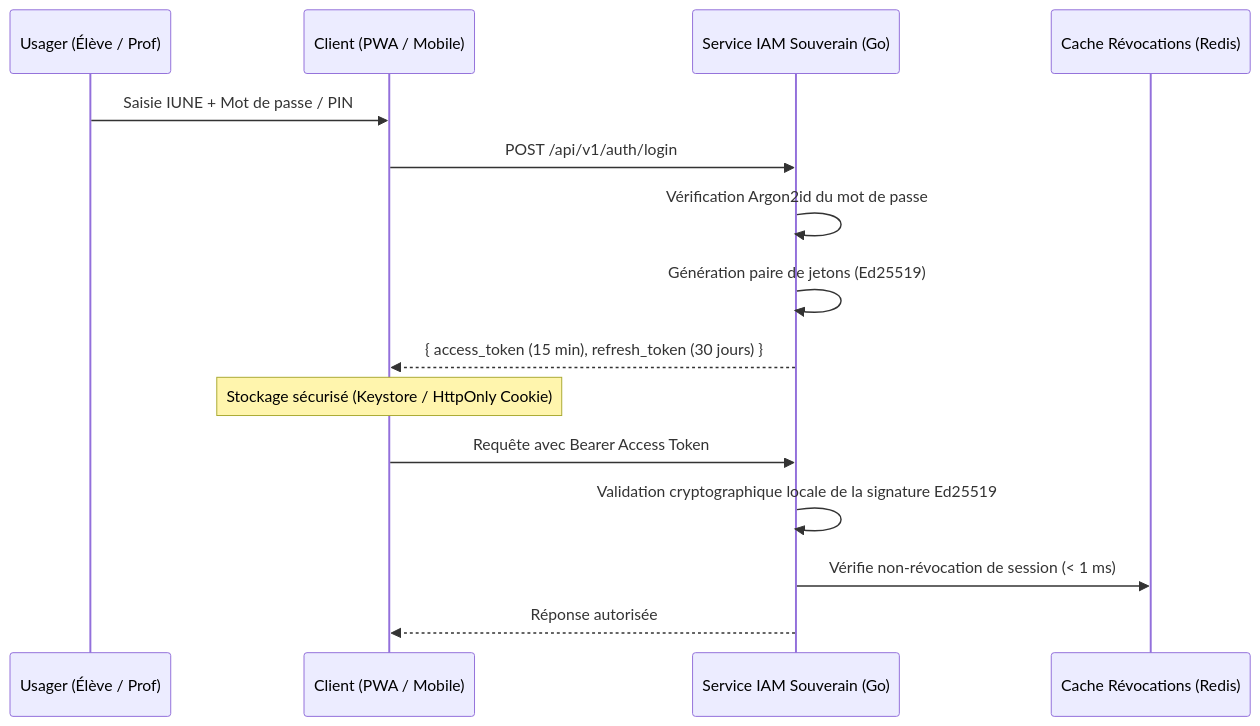
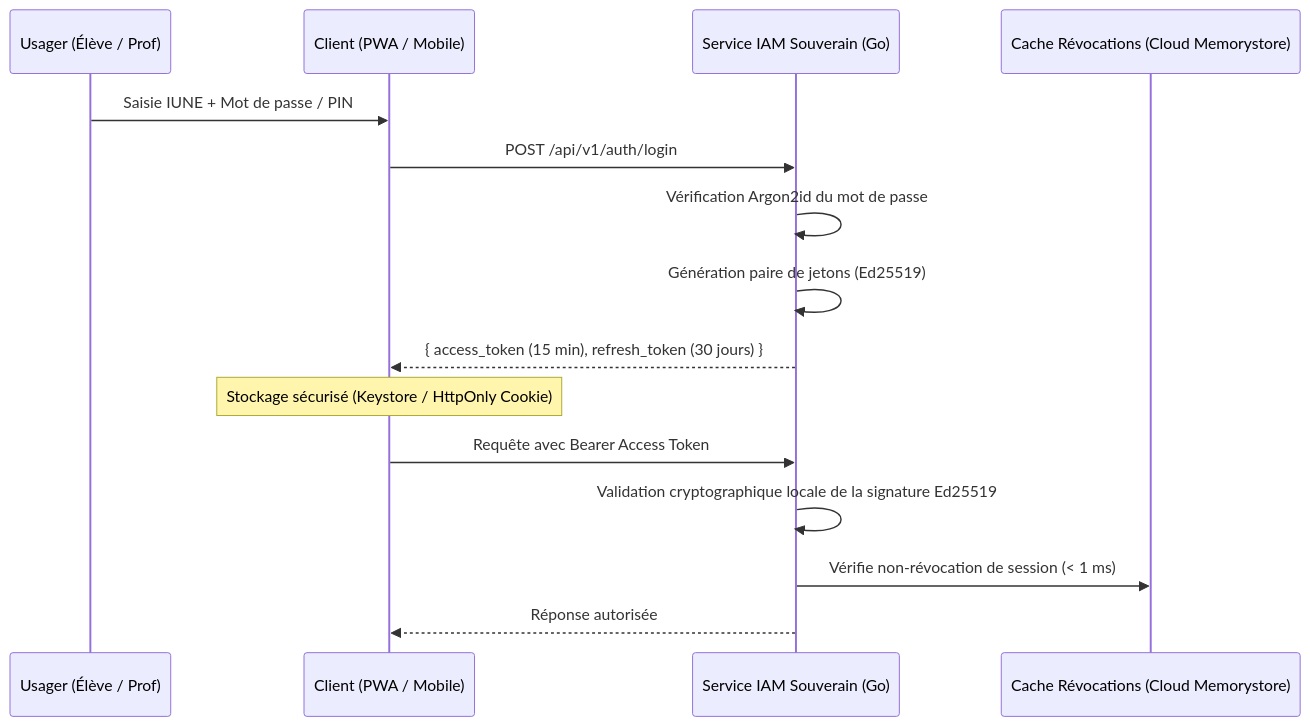
Before and after one commit to Adolphechris/clenel-elysium: the diagram in tome-7/117/README.md, drawn with Mermaid. The commit also changed other lines of this file and 39 other files, not shown here.

````diff
--- a/tome-7/117/README.md
+++ b/tome-7/117/README.md
@@ -20,20 +20,20 @@
 ```mermaid
 sequenceDiagram
     participant U as Usager (Élève / Prof)
     participant APP as Client (PWA / Mobile)
     participant IAM as Service IAM Souverain (Go)
-    participant REDIS as Cache Révocations (Redis)
+    participant MEMSTORE as Cache Révocations (Cloud Memorystore)
 
     U->>APP: Saisie IUNE + Mot de passe / PIN
     APP->>IAM: POST /api/v1/auth/login
     IAM->>IAM: Vérification Argon2id du mot de passe
     IAM->>IAM: Génération paire de jetons (Ed25519)
     IAM-->>APP: { access_token (15 min), refresh_token (30 jours) }
     
     Note over APP: Stockage sécurisé (Keystore / HttpOnly Cookie)
     
     APP->>IAM: Requête avec Bearer Access Token
     IAM->>IAM: Validation cryptographique locale de la signature Ed25519
-    IAM->>REDIS: Vérifie non-révocation de session (< 1 ms)
+    IAM->>MEMSTORE: Vérifie non-révocation de session (< 1 ms)
     IAM-->>APP: Réponse autorisée
 ```
````
